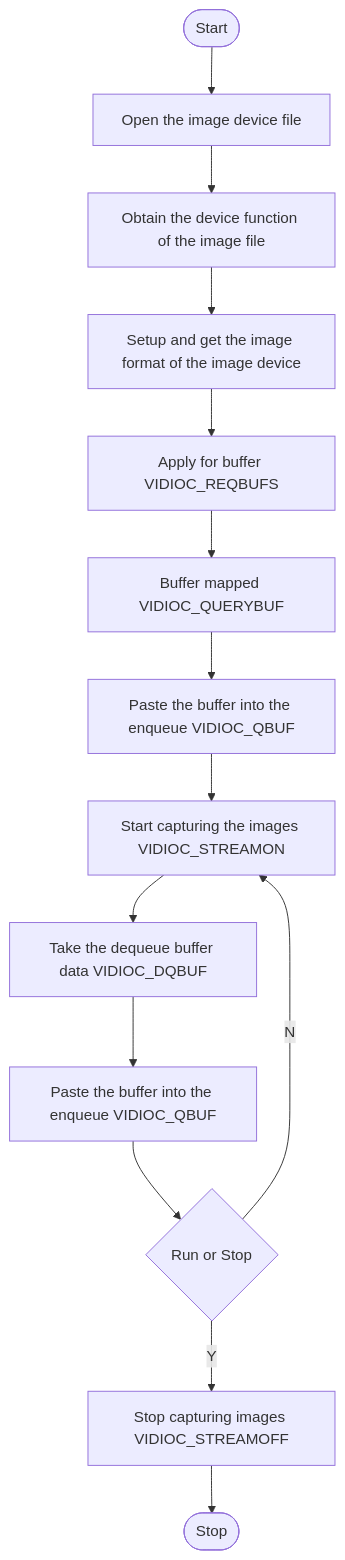
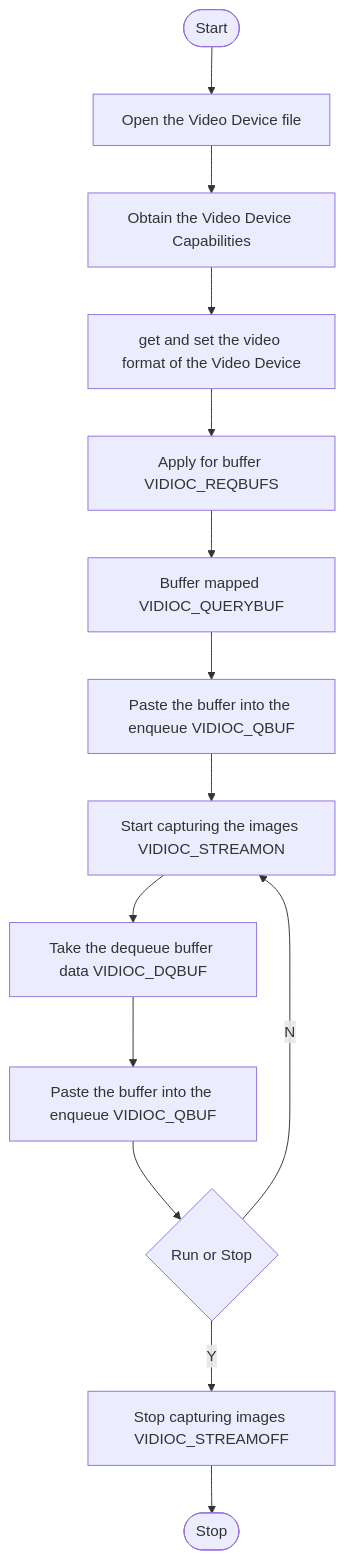
One commit to rdkcentral/rdk-halif-v4l2 changed the second of 3 diagrams in docs/pages/v4l2.md. Above: the diagram before and after it, drawn with Mermaid. The commit also changed other lines of this file, not shown here.

````diff
--- a/docs/pages/v4l2.md
+++ b/docs/pages/v4l2.md
@@ -175,22 +175,22 @@
 ```mermaid
 
 flowchart TD
 A([Start])
-id1[Open the image device file]
-id2[Obtain the device function of the image file]
-id3[Setup and get the image format of the image device]
+id1[Open the Video Device file]
+id2[Obtain the Video Device Capabilities]
+id3[get and set the video format of the Video Device]
 id4[Apply for buffer VIDIOC_REQBUFS]
 id5[Buffer mapped VIDIOC_QUERYBUF]
 id6[Paste the buffer into the enqueue VIDIOC_QBUF]
 id7[Start capturing the images VIDIOC_STREAMON]
 id8[Take the dequeue buffer data VIDIOC_DQBUF]
 id9[Paste the buffer into the enqueue VIDIOC_QBUF]
 id10{Run or Stop}
 id11[Stop capturing images VIDIOC_STREAMOFF]
 B([Stop])
 
 A-->id1-->id2-->id3-->id4-->id5-->id6-->id7-->id8-->id9-->id10
 id10--N-->id7
 id10--Y-->id11-->B
 
 ```
````
